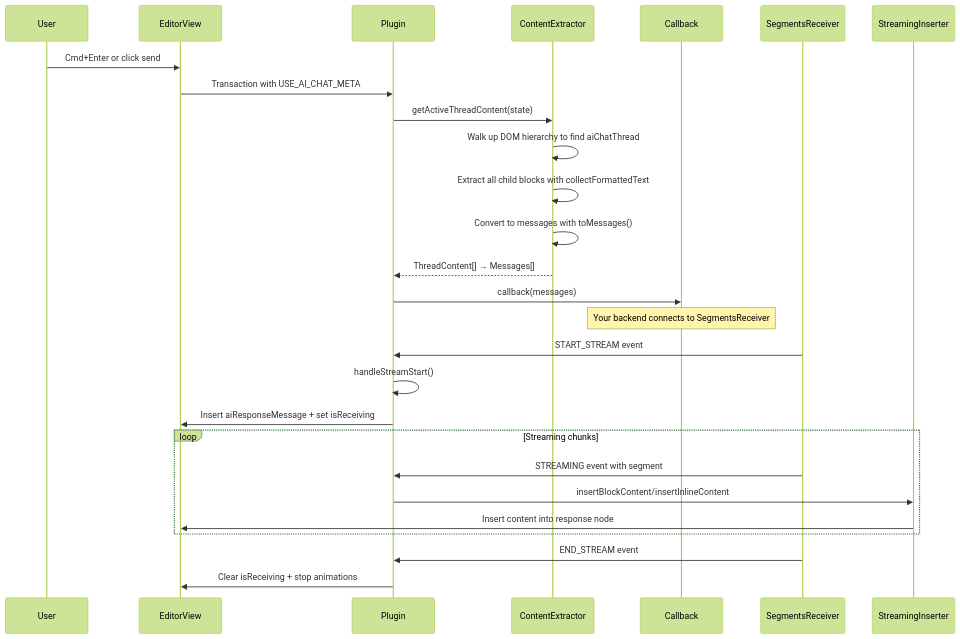
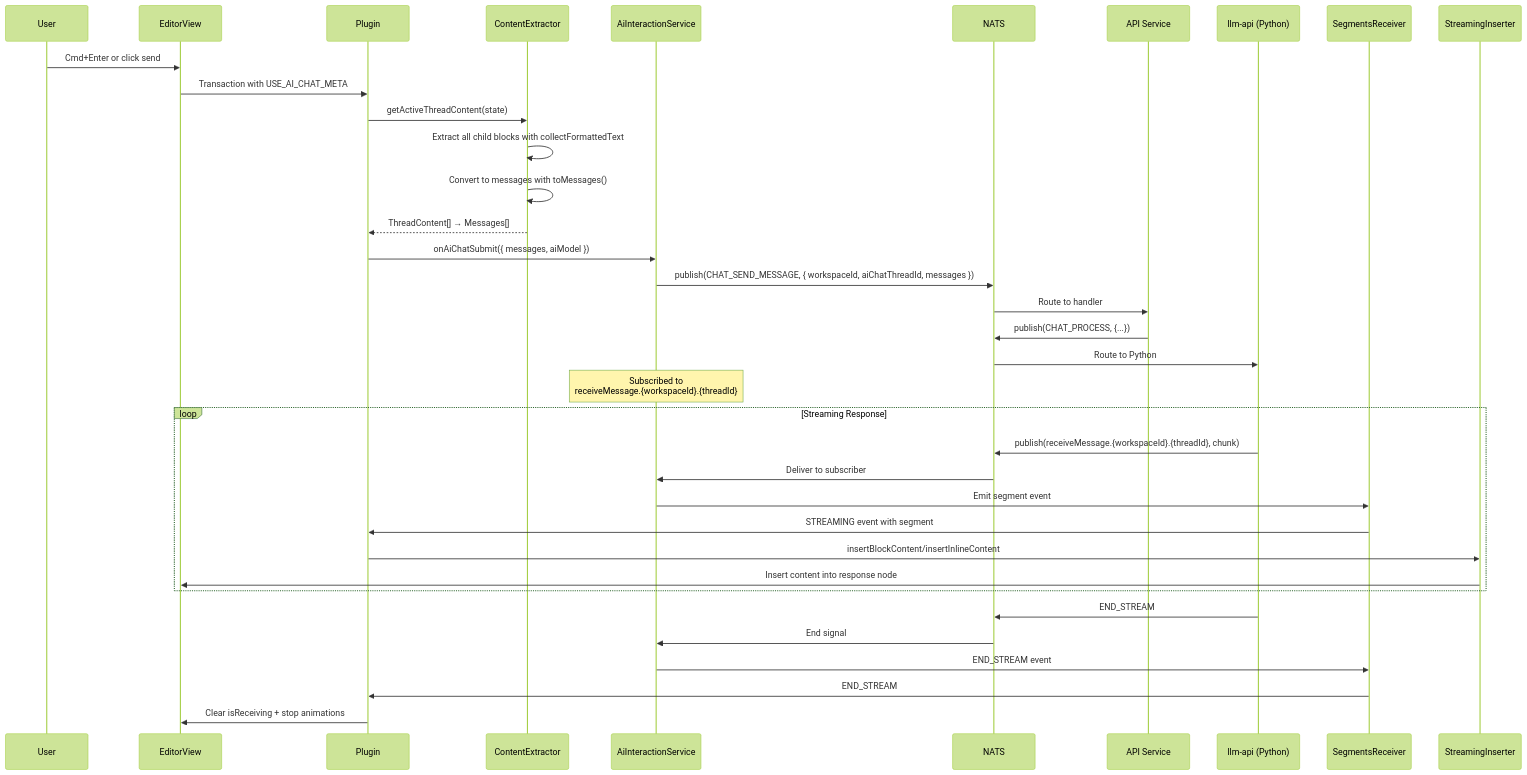
The third of 5 diagrams in services/web-ui/src/components/proseMirror/plugins/aiChatThreadPlugin/README.md (Lixpi/lixpi), drawn with Mermaid (forest theme) before and after one commit. The commit also changed other lines of this file and 33 other files, not shown here.

Commit message:
LIX-46 # split document into separate entities - regular document and ai chat thread

````diff
--- a/services/web-ui/src/components/proseMirror/plugins/aiChatThreadPlugin/README.md
+++ b/services/web-ui/src/components/proseMirror/plugins/aiChatThreadPlugin/README.md
@@ -102,34 +102,42 @@
 ```mermaid
 sequenceDiagram
     participant U as User
     participant EV as EditorView
     participant PL as Plugin
     participant CE as ContentExtractor
-    participant CB as Callback
+    participant AIS as AiInteractionService
+    participant NATS as NATS
+    participant API as API Service
+    participant LLM as llm-api (Python)
     participant SR as SegmentsReceiver
     participant SI as StreamingInserter
 
     U->>EV: Cmd+Enter or click send
     EV->>PL: Transaction with USE_AI_CHAT_META
     PL->>CE: getActiveThreadContent(state)
-    CE->>CE: Walk up DOM hierarchy to find aiChatThread
     CE->>CE: Extract all child blocks with collectFormattedText
     CE->>CE: Convert to messages with toMessages()
     CE-->>PL: ThreadContent[] → Messages[]
-    PL->>CB: callback(messages)
+    PL->>AIS: onAiChatSubmit({ messages, aiModel })
+    AIS->>NATS: publish(CHAT_SEND_MESSAGE, { workspaceId, aiChatThreadId, messages })
+    NATS->>API: Route to handler
+    API->>NATS: publish(CHAT_PROCESS, {...})
+    NATS->>LLM: Route to Python
 
-    Note over CB: Your backend connects to SegmentsReceiver
+    Note over AIS: Subscribed to<br/>receiveMessage.{workspaceId}.{threadId}
 
-    SR->>PL: START_STREAM event
-    PL->>PL: handleStreamStart()
-    PL->>EV: Insert aiResponseMessage + set isReceiving
-
-    loop Streaming chunks
+    loop Streaming Response
+        LLM->>NATS: publish(receiveMessage.{workspaceId}.{threadId}, chunk)
+        NATS->>AIS: Deliver to subscriber
+        AIS->>SR: Emit segment event
         SR->>PL: STREAMING event with segment
         PL->>SI: insertBlockContent/insertInlineContent
         SI->>EV: Insert content into response node
     end
 
-    SR->>PL: END_STREAM event
+    LLM->>NATS: END_STREAM
+    NATS->>AIS: End signal
+    AIS->>SR: END_STREAM event
+    SR->>PL: END_STREAM
     PL->>EV: Clear isReceiving + stop animations
 ```
````
